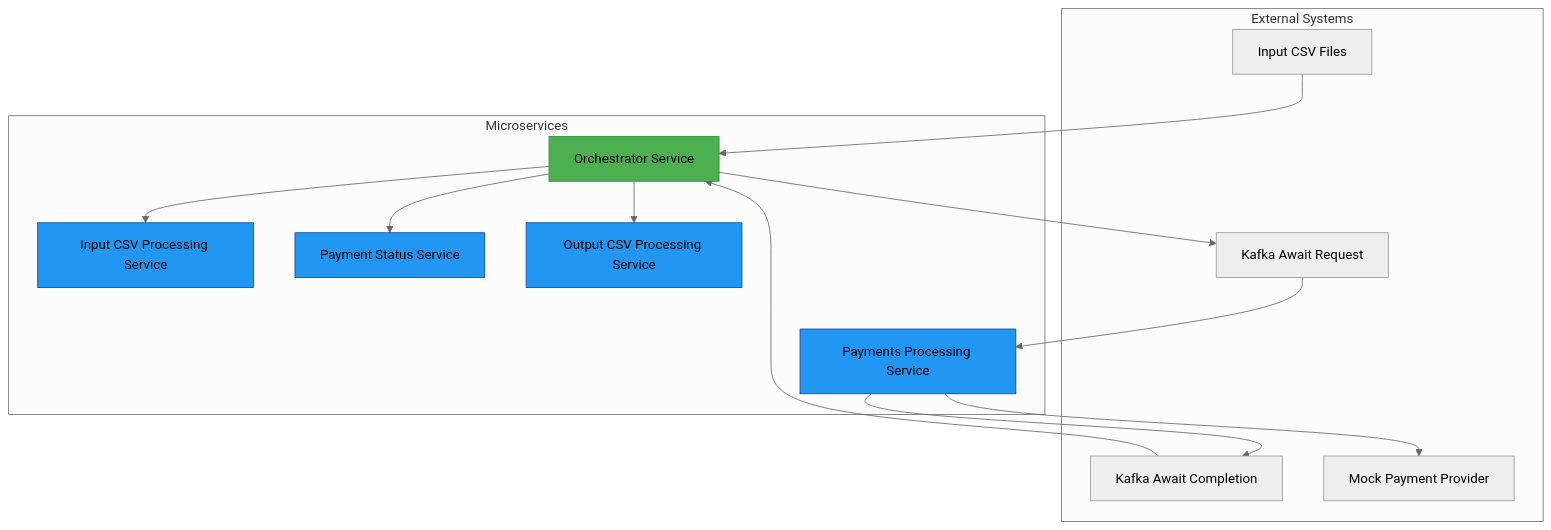
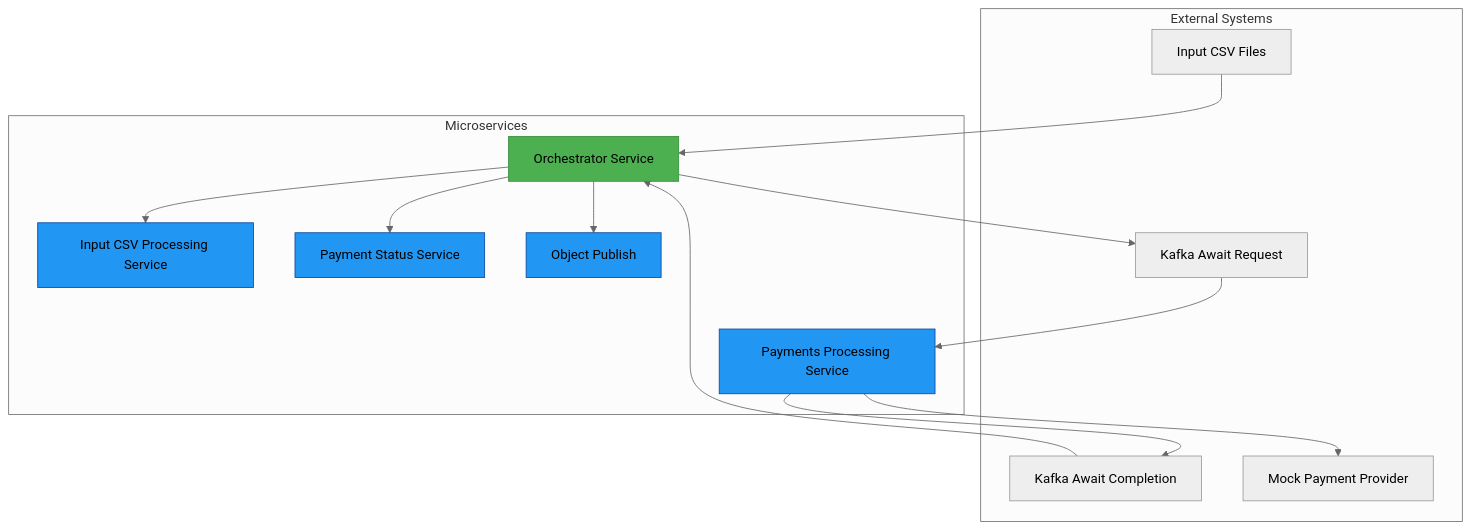
The first of 2 diagrams in examples/csv-payments/README.md (The-Pipeline-Framework/pipelineframework), drawn with Mermaid (neutral theme) before and after one commit. The commit also changed other lines of this file and 47 other files, not shown here.

Commit message:
Migrate CSV payments to object I/O connectors

````diff
--- a/examples/csv-payments/README.md
+++ b/examples/csv-payments/README.md
@@ -283,33 +259,33 @@
 ```mermaid
 graph TD
     A[Input CSV Files] --> B[Orchestrator Service]
     B --> C[Input CSV Processing Service]
     B --> K[Kafka Await Request]
     K --> D[Payments Processing Service]
     D --> L[Kafka Await Completion]
     L --> B
     B --> E[Payment Status Service]
-    B --> F[Output CSV Processing Service]
+    B --> F[Object Publish]
     D --> G[Mock Payment Provider]
     
     subgraph "Microservices"
         B
         C
         D
         E
         F
     end
     
     subgraph "External Systems"
         A
         K
         L
         G
     end
     
     style B fill:#4CAF50,stroke:#388E3C
     style C fill:#2196F3,stroke:#0D47A1
     style D fill:#2196F3,stroke:#0D47A1
     style E fill:#2196F3,stroke:#0D47A1
     style F fill:#2196F3,stroke:#0D47A1
 ```
````
